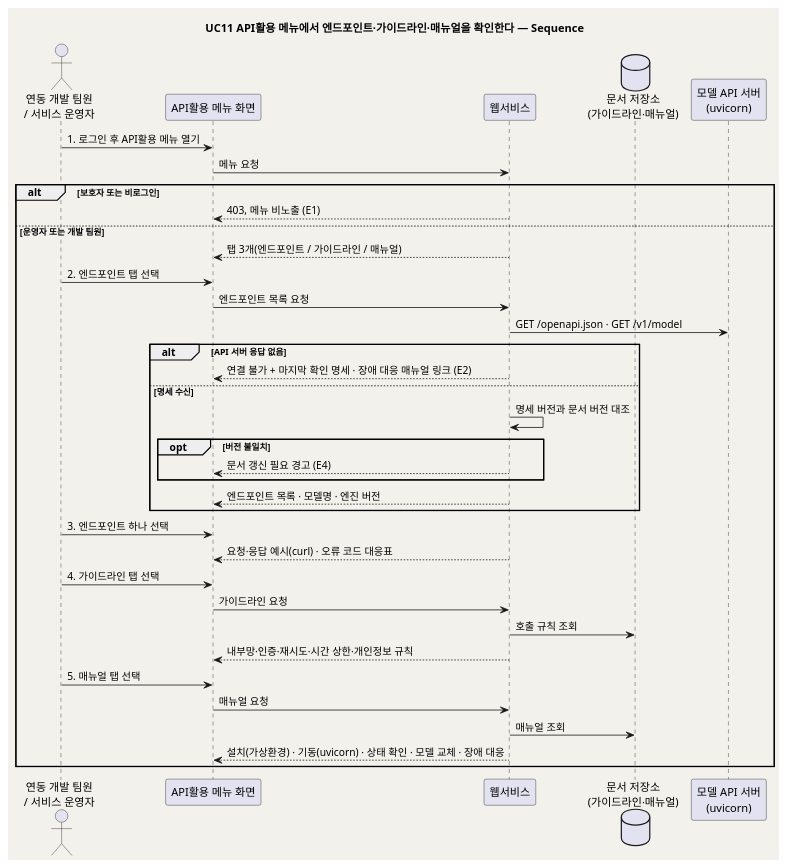
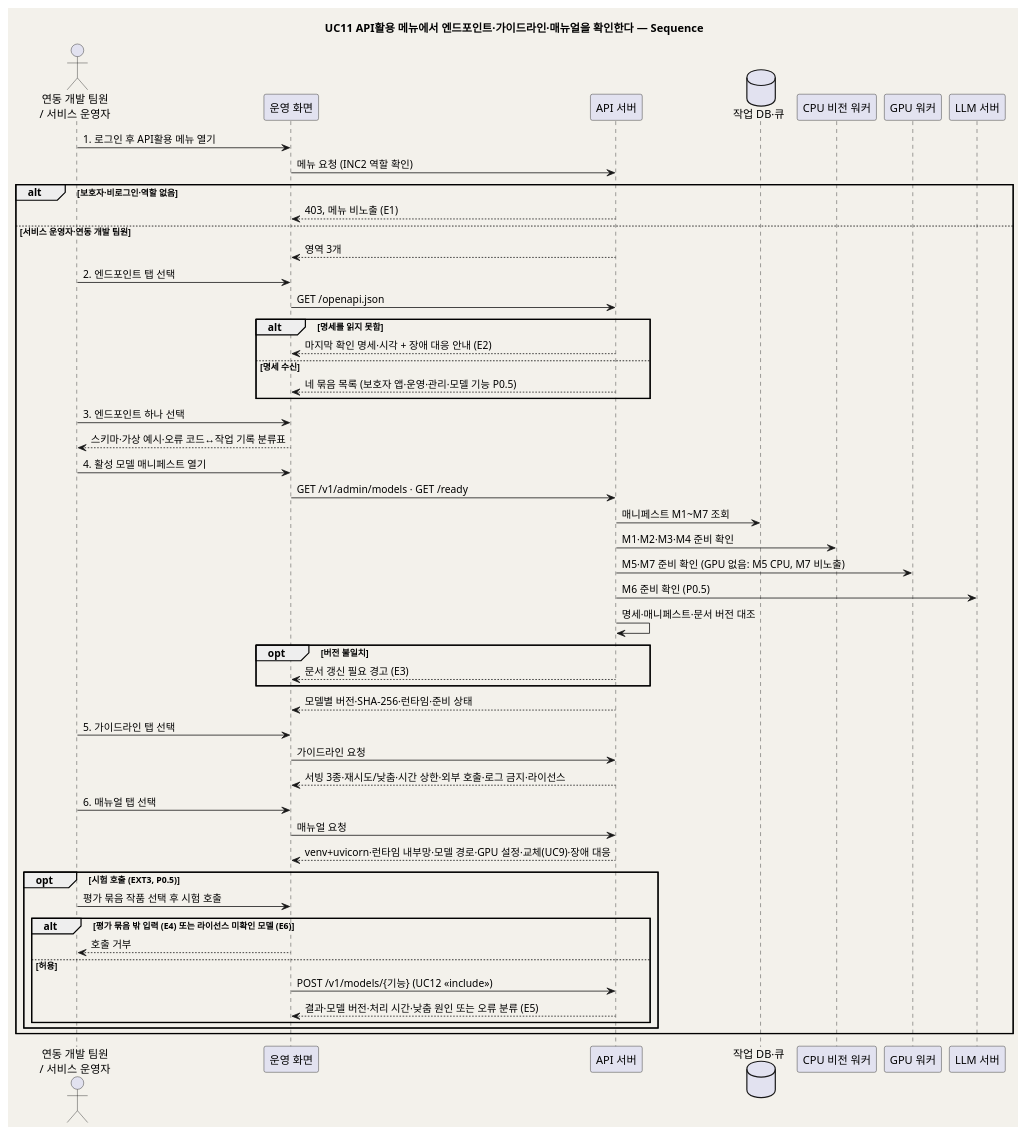
One commit to kids-gallery/uri-gallery changed the second of 2 diagrams in design/UC_11_API활용메뉴.md. Above: the diagram before and after it, drawn with PlantUML. The commit also changed other lines of this file and 23 other files, not shown here.

````diff
--- a/design/UC_11_API활용메뉴.md
+++ b/design/UC_11_API활용메뉴.md
@@ -162,43 +261,58 @@
 ```plantuml
-@startuml seq_family_gallery_11
+@startuml seq_uri_ai_gallery_11
 skinparam backgroundColor #F3F1EB
 skinparam shadowing false
 title UC11 API활용 메뉴에서 엔드포인트·가이드라인·매뉴얼을 확인한다 — Sequence
 
 actor "연동 개발 팀원\n/ 서비스 운영자" as Dev
-participant "API활용 메뉴 화면" as UI
-participant "웹서비스" as SVC
-database "문서 저장소\n(가이드라인·매뉴얼)" as Doc
-participant "모델 API 서버\n(uvicorn)" as API
+participant "운영 화면" as UI
+participant "API 서버" as API
+database "작업 DB·큐" as DB
+participant "CPU 비전 워커" as CPU
+participant "GPU 워커" as GPU
+participant "LLM 서버" as LLM
 
 Dev -> UI : 1. 로그인 후 API활용 메뉴 열기
-UI -> SVC : 메뉴 요청
-alt 보호자 또는 비로그인
-  SVC --> UI : 403, 메뉴 비노출 (E1)
-else 운영자 또는 개발 팀원
-  SVC --> UI : 탭 3개(엔드포인트 / 가이드라인 / 매뉴얼)
+UI -> API : 메뉴 요청 (INC2 역할 확인)
+alt 보호자·비로그인·역할 없음
+  API --> UI : 403, 메뉴 비노출 (E1)
+else 서비스 운영자·연동 개발 팀원
+  API --> UI : 영역 3개
   Dev -> UI : 2. 엔드포인트 탭 선택
-  UI -> SVC : 엔드포인트 목록 요청
-  SVC -> API : GET /openapi.json · GET /v1/model
-  alt API 서버 응답 없음
-    SVC --> UI : 연결 불가 + 마지막 확인 명세 · 장애 대응 매뉴얼 링크 (E2)
+  UI -> API : GET /openapi.json
+  alt 명세를 읽지 못함
+    API --> UI : 마지막 확인 명세·시각 + 장애 대응 안내 (E2)
   else 명세 수신
-    SVC -> SVC : 명세 버전과 문서 버전 대조
-    opt 버전 불일치
-      SVC --> UI : 문서 갱신 필요 경고 (E4)
-    end
-    SVC --> UI : 엔드포인트 목록 · 모델명 · 엔진 버전
+    API --> UI : 네 묶음 목록 (보호자 앱·운영·관리·모델 기능 P0.5)
   end
   Dev -> UI : 3. 엔드포인트 하나 선택
-  SVC --> UI : 요청·응답 예시(curl) · 오류 코드 대응표
-  Dev -> UI : 4. 가이드라인 탭 선택
-  UI -> SVC : 가이드라인 요청
-  SVC -> Doc : 호출 규칙 조회
-  SVC --> UI : 내부망·인증·재시도·시간 상한·개인정보 규칙
-  Dev -> UI : 5. 매뉴얼 탭 선택
-  UI -> SVC : 매뉴얼 요청
-  SVC -> Doc : 매뉴얼 조회
-  SVC --> UI : 설치(가상환경) · 기동(uvicorn) · 상태 확인 · 모델 교체 · 장애 대응
+  UI --> Dev : 스키마·가상 예시·오류 코드↔작업 기록 분류표
+  Dev -> UI : 4. 활성 모델 매니페스트 열기
+  UI -> API : GET /v1/admin/models · GET /ready
+  API -> DB : 매니페스트 M1~M7 조회
+  API -> CPU : M1·M2·M3·M4 준비 확인
+  API -> GPU : M5·M7 준비 확인 (GPU 없음: M5 CPU, M7 비노출)
+  API -> LLM : M6 준비 확인 (P0.5)
+  API -> API : 명세·매니페스트·문서 버전 대조
+  opt 버전 불일치
+    API --> UI : 문서 갱신 필요 경고 (E3)
+  end
+  API --> UI : 모델별 버전·SHA-256·런타임·준비 상태
+  Dev -> UI : 5. 가이드라인 탭 선택
+  UI -> API : 가이드라인 요청
+  API --> UI : 서빙 3종·재시도/낮춤·시간 상한·외부 호출·로그 금지·라이선스
+  Dev -> UI : 6. 매뉴얼 탭 선택
+  UI -> API : 매뉴얼 요청
+  API --> UI : venv+uvicorn·런타임 내부망·모델 경로·GPU 설정·교체(UC9)·장애 대응
+  opt 시험 호출 (EXT3, P0.5)
+    Dev -> UI : 평가 묶음 작품 선택 후 시험 호출
+    alt 평가 묶음 밖 입력 (E4) 또는 라이선스 미확인 모델 (E6)
+      UI --> Dev : 호출 거부
+    else 허용
+      UI -> API : POST /v1/models/{기능} (UC12 «include»)
+      API --> UI : 결과·모델 버전·처리 시간·낮춤 원인 또는 오류 분류 (E5)
+    end
+  end
 end
 @enduml
 ```
````
